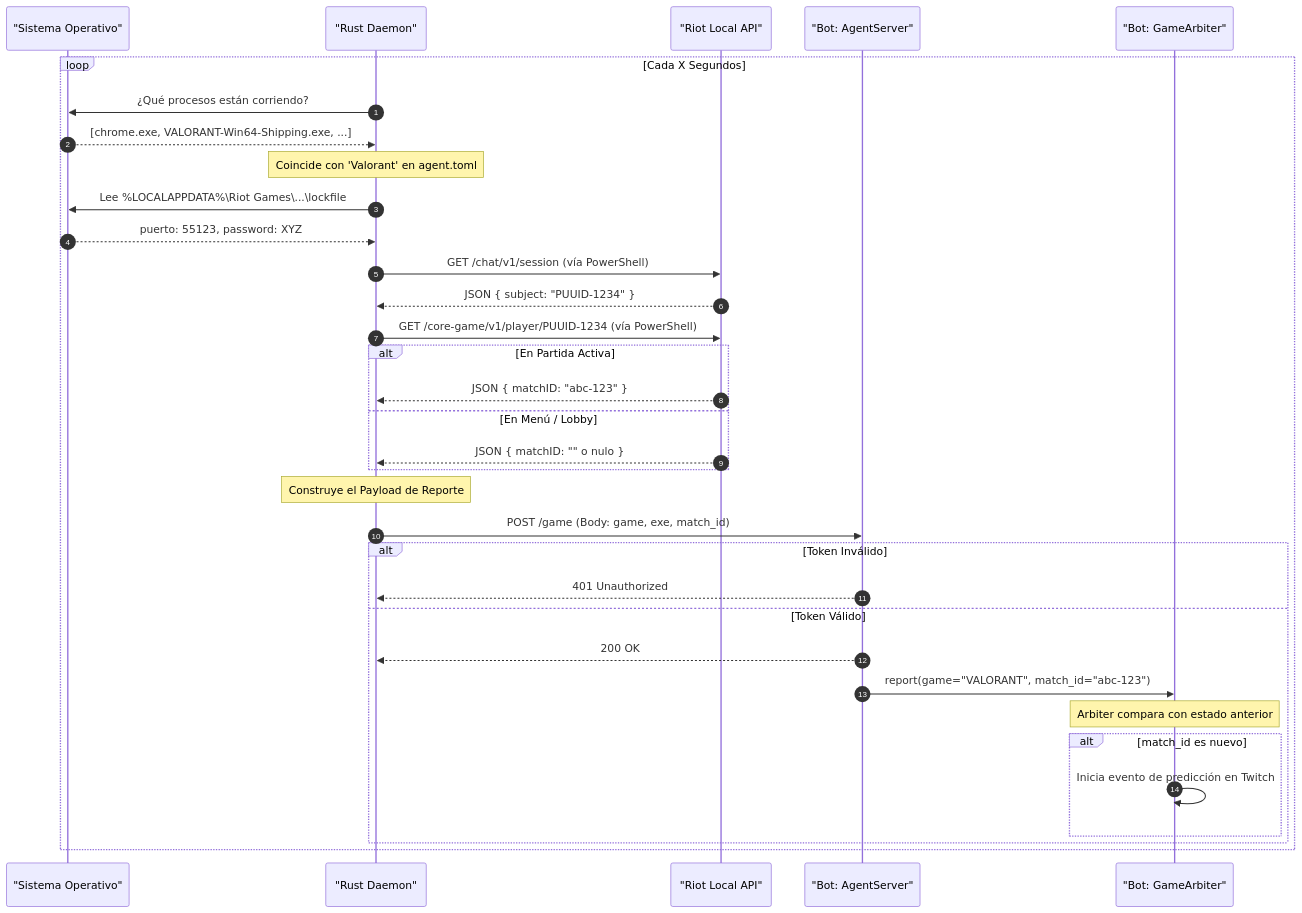
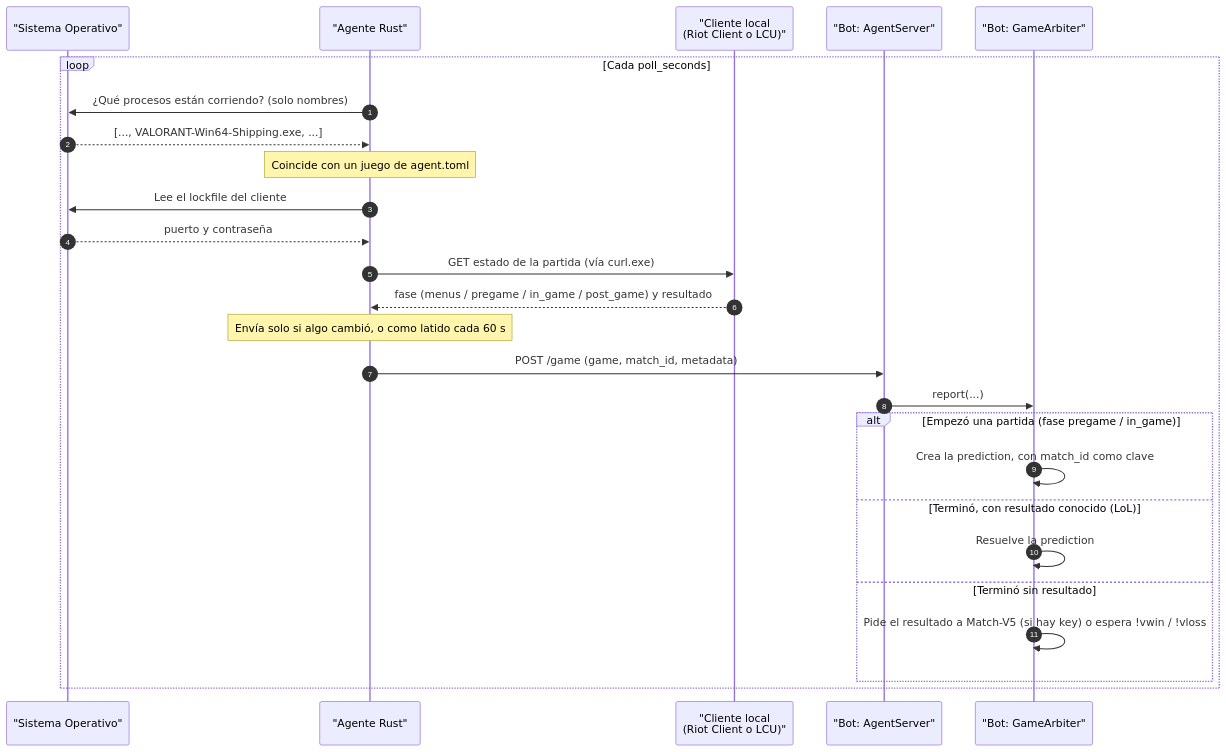
Before and after one commit to martinSaav/bot_ducky: the second of 2 diagrams in docs/diagrama_agente.md, drawn with Mermaid. The commit also changed other lines of this file and 2 other files, not shown here.

First line of the commit message:
docs: document local match detection

````diff
--- a/docs/diagrama_agente.md
+++ b/docs/diagrama_agente.md
@@ -43,44 +77,33 @@
 ```mermaid
 sequenceDiagram
     autonumber
     participant SYS as "Sistema Operativo"
-    participant AGENT as "Rust Daemon"
-    participant VAL as "Riot Local API"
+    participant AGENT as "Agente Rust"
+    participant CLIENT as "Cliente local<br/>(Riot Client o LCU)"
     participant SERVER as "Bot: AgentServer"
     participant ARBITER as "Bot: GameArbiter"
-    
-    loop Cada X Segundos
-        AGENT->>SYS: ¿Qué procesos están corriendo?
-        SYS-->>AGENT: [chrome.exe, VALORANT-Win64-Shipping.exe, ...]
-        
-        Note over AGENT: Coincide con 'Valorant' en agent.toml
-        
-        AGENT->>SYS: Lee %LOCALAPPDATA%\Riot Games\...\lockfile
-        SYS-->>AGENT: puerto: 55123, password: XYZ
-        
-        AGENT->>VAL: GET /chat/v1/session (vía PowerShell)
-        VAL-->>AGENT: JSON { subject: "PUUID-1234" }
-        
-        AGENT->>VAL: GET /core-game/v1/player/PUUID-1234 (vía PowerShell)
-        alt En Partida Activa
-            VAL-->>AGENT: JSON { matchID: "abc-123" }
-        else En Menú / Lobby
-            VAL-->>AGENT: JSON { matchID: "" o nulo }
-        end
-        
-        Note over AGENT: Construye el Payload de Reporte
-        AGENT->>SERVER: POST /game (Body: game, exe, match_id)
-        
-        alt Token Inválido
-            SERVER-->>AGENT: 401 Unauthorized
-        else Token Válido
-            SERVER-->>AGENT: 200 OK
-            SERVER->>ARBITER: report(game="VALORANT", match_id="abc-123")
-            
-            Note over ARBITER: Arbiter compara con estado anterior
-            alt match_id es nuevo
-                ARBITER->>ARBITER: Inicia evento de predicción en Twitch
-            end
+
+    loop Cada poll_seconds
+        AGENT->>SYS: ¿Qué procesos están corriendo? (solo nombres)
+        SYS-->>AGENT: [..., VALORANT-Win64-Shipping.exe, ...]
+        Note over AGENT: Coincide con un juego de agent.toml
+
+        AGENT->>SYS: Lee el lockfile del cliente
+        SYS-->>AGENT: puerto y contraseña
+
+        AGENT->>CLIENT: GET estado de la partida (vía curl.exe)
+        CLIENT-->>AGENT: fase (menus / pregame / in_game / post_game) y resultado
+
+        Note over AGENT: Envía solo si algo cambió, o como latido cada 60 s
+        AGENT->>SERVER: POST /game (game, match_id, metadata)
+        SERVER->>ARBITER: report(...)
+
+        alt Empezó una partida (fase pregame / in_game)
+            ARBITER->>ARBITER: Crea la prediction, con match_id como clave
+        else Terminó, con resultado conocido (LoL)
+            ARBITER->>ARBITER: Resuelve la prediction
+        else Terminó sin resultado
+            ARBITER->>ARBITER: Pide el resultado a Match-V5 (si hay key) o espera !vwin / !vloss
         end
     end
 ```
````
